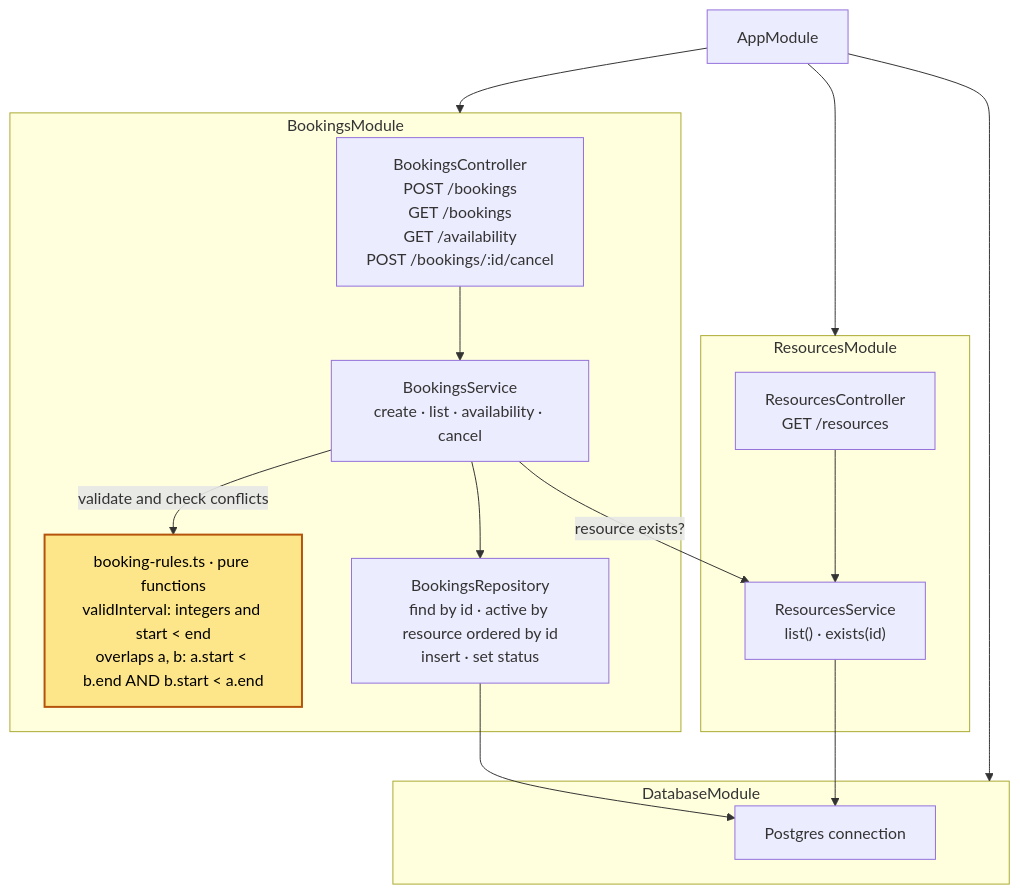
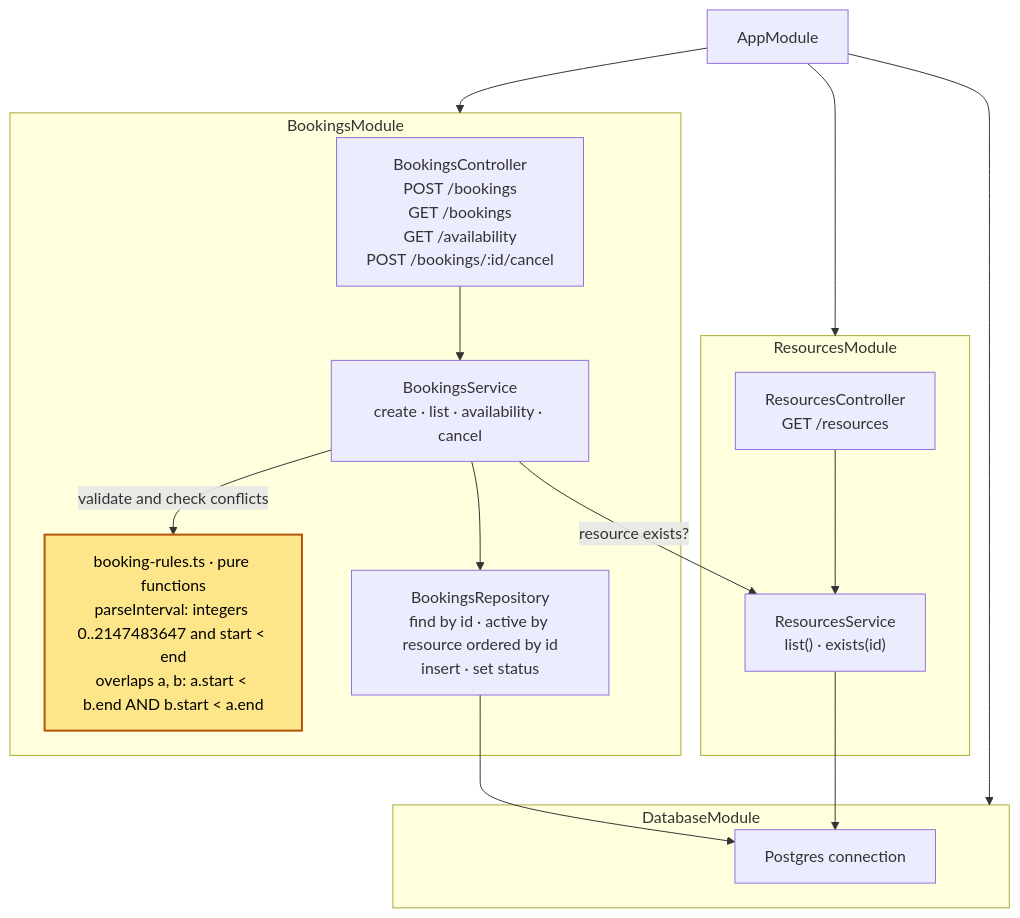
One commit to fredsvanelli/alvorada-test-02 changed the fourth of 7 diagrams in docs/diagrams/architecture.md. Above: the diagram before and after it, drawn with Mermaid. The commit also changed 5 other files, not shown here.

Commit message:
docs: rename validInterval to parseInterval in the design docs (SCH-5)

````diff
--- a/docs/diagrams/architecture.md
+++ b/docs/diagrams/architecture.md
@@ -81,35 +81,35 @@
 ```mermaid
 flowchart TB
   app["AppModule"]
 
   subgraph resourcesMod["ResourcesModule"]
     rc["ResourcesController<br/>GET /resources"]
     rs["ResourcesService<br/>list() · exists(id)"]
   end
 
   subgraph bookingsMod["BookingsModule"]
     bc["BookingsController<br/>POST /bookings<br/>GET /bookings<br/>GET /availability<br/>POST /bookings/:id/cancel"]
     bs["BookingsService<br/>create · list · availability · cancel"]
-    rules["booking-rules.ts · pure functions<br/>validInterval: integers and start < end<br/>overlaps a, b: a.start < b.end AND b.start < a.end"]
+    rules["booking-rules.ts · pure functions<br/>parseInterval: integers 0..2147483647 and start < end<br/>overlaps a, b: a.start < b.end AND b.start < a.end"]
     repo["BookingsRepository<br/>find by id · active by resource ordered by id<br/>insert · set status"]
   end
 
   subgraph dbMod["DatabaseModule"]
     conn["Postgres connection"]
   end
 
   app --> resourcesMod
   app --> bookingsMod
   app --> dbMod
 
   rc --> rs
   bc --> bs
   bs -->|"resource exists?"| rs
   bs -->|"validate and check conflicts"| rules
   bs --> repo
   repo --> conn
   rs --> conn
 
   classDef rule fill:#fde68a,stroke:#b45309,stroke-width:2px,color:#000
   class rules rule
 ```
````
